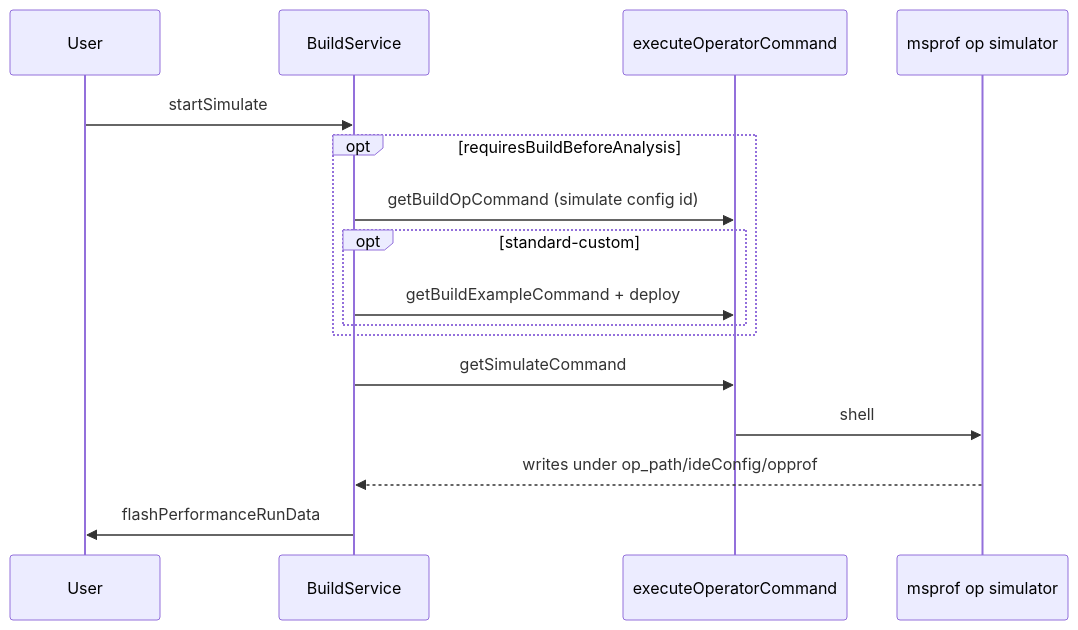
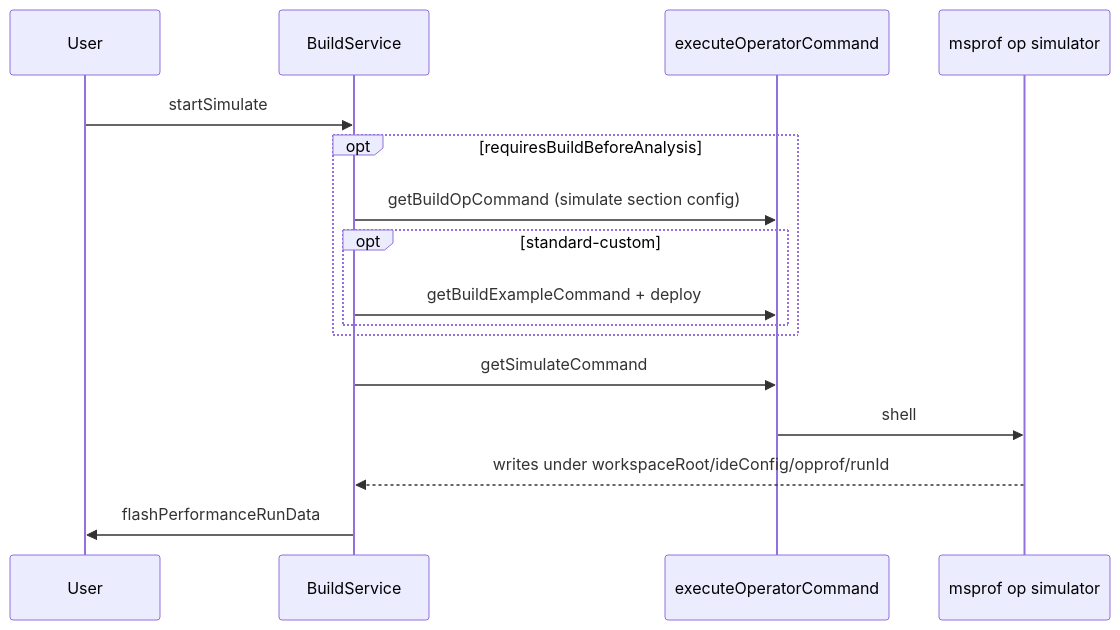
The second of 2 diagrams in docs/performance.md (IdeFrontend/opdev_plugin), drawn with Mermaid before and after one commit. The commit also changed other lines of this file and 287 other files, not shown here.

````diff
--- a/docs/performance.md
+++ b/docs/performance.md
@@ -95,19 +95,19 @@
 ```mermaid
 sequenceDiagram
   participant User
   participant Build as BuildService
   participant Exec as executeOperatorCommand
   participant Msprof as msprof op simulator
 
   User->>Build: startSimulate
   opt requiresBuildBeforeAnalysis
-    Build->>Exec: getBuildOpCommand (simulate config id)
+    Build->>Exec: getBuildOpCommand (simulate section config)
     opt standard-custom
       Build->>Exec: getBuildExampleCommand + deploy
     end
   end
   Build->>Exec: getSimulateCommand
   Exec->>Msprof: shell
-  Msprof-->>Build: writes under op_path/ideConfig/opprof
+  Msprof-->>Build: writes under workspaceRoot/ideConfig/opprof/runId
   Build->>User: flashPerformanceRunData
 ```
````
